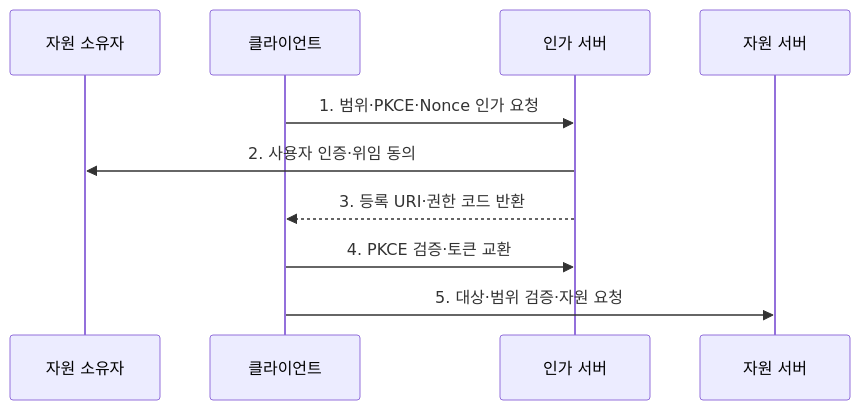
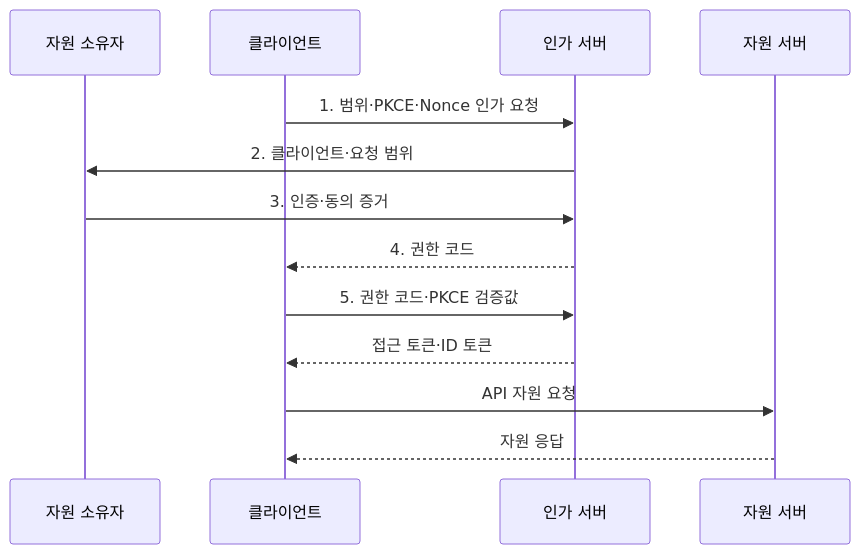
One commit to agnusdei1207/knowledge-base changed the second of 2 diagrams in src/content/docs/notes/05-security/057_oauth_oidc.md. Above: the diagram before and after it, drawn with Mermaid. The commit also changed other lines of this file and 20 other files, not shown here.

````diff
--- a/src/content/docs/notes/05-security/057_oauth_oidc.md
+++ b/src/content/docs/notes/05-security/057_oauth_oidc.md
@@ -91,12 +93,15 @@
 ```mermaid
 sequenceDiagram
     participant U as 자원 소유자
     participant C as 클라이언트
     participant A as 인가 서버
     participant R as 자원 서버
     C->>A: 1. 범위·PKCE·Nonce 인가 요청
-    A->>U: 2. 사용자 인증·위임 동의
-    A-->>C: 3. 등록 URI·권한 코드 반환
-    C->>A: 4. PKCE 검증·토큰 교환
-    C->>R: 5. 대상·범위 검증·자원 요청
+    A->>U: 2. 클라이언트·요청 범위
+    U->>A: 3. 인증·동의 증거
+    A-->>C: 4. 권한 코드
+    C->>A: 5. 권한 코드·PKCE 검증값
+    A-->>C: 접근 토큰·ID 토큰
+    C->>R: API 자원 요청
+    R-->>C: 자원 응답
 ```
````
